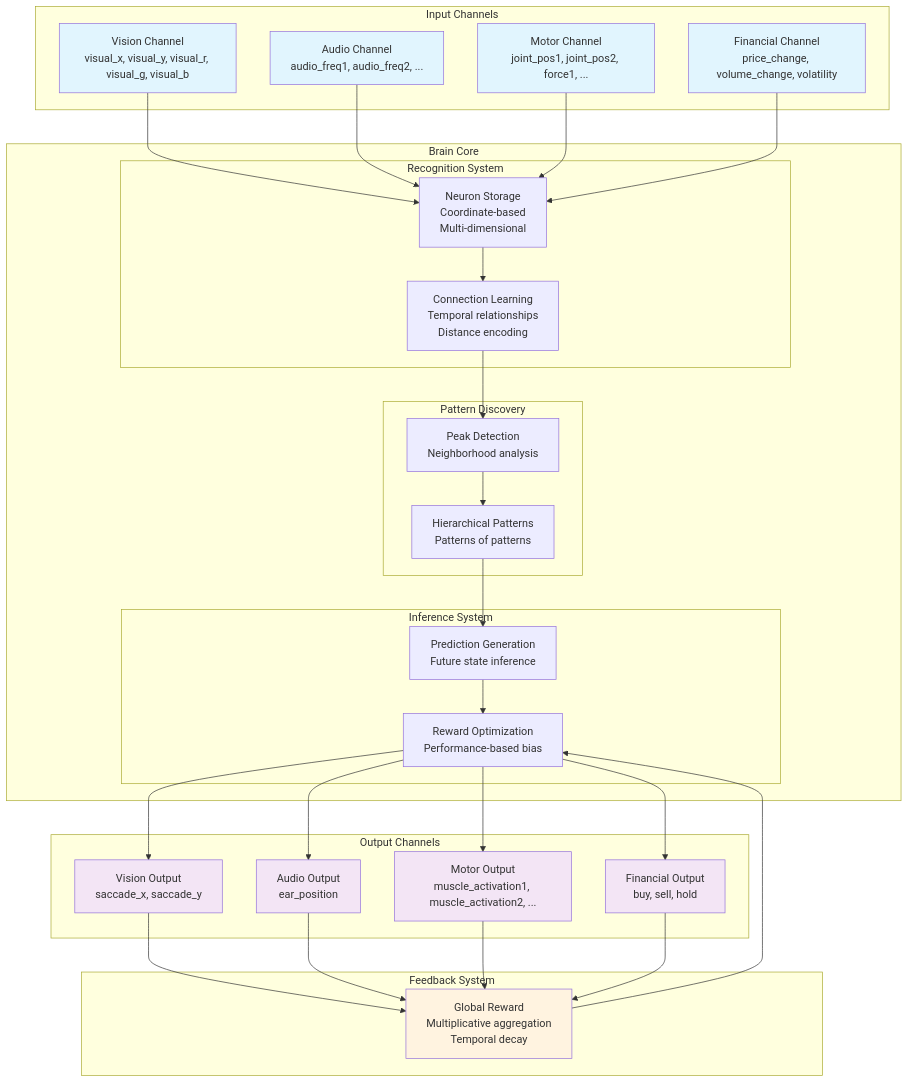
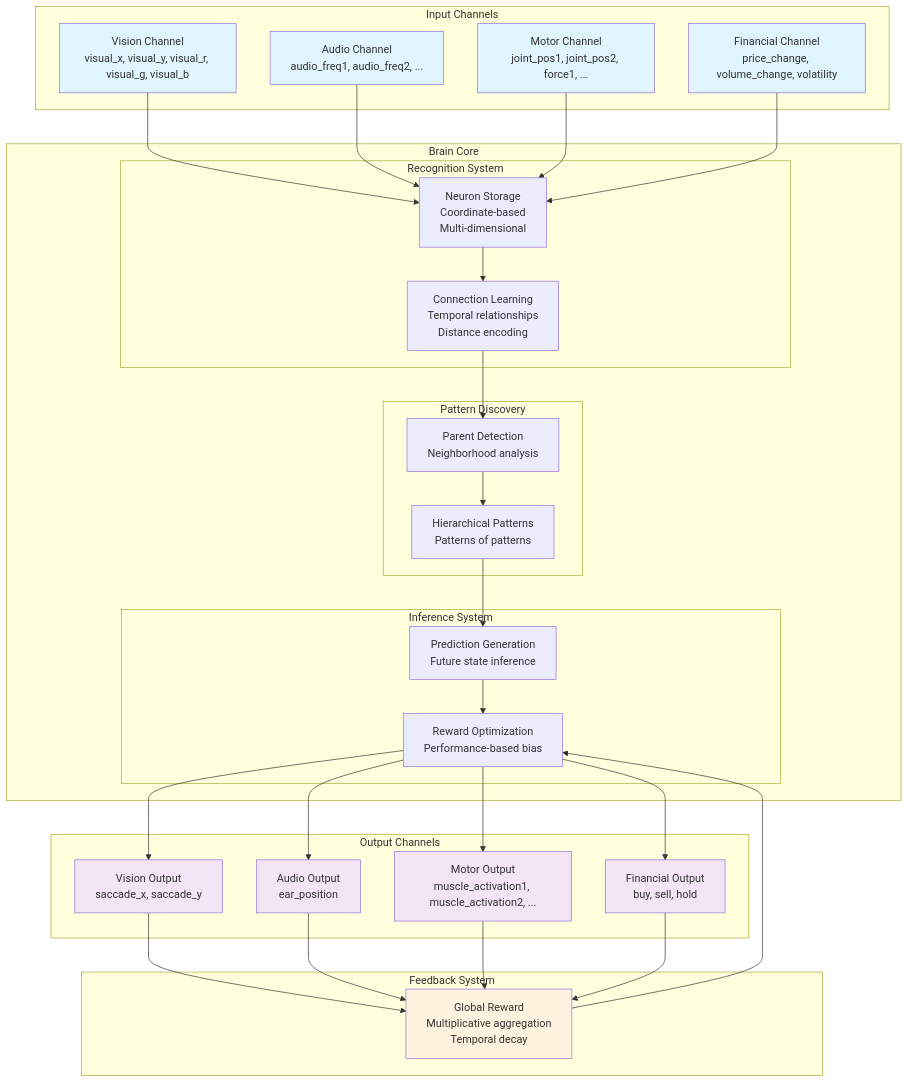
The first of 5 diagrams in docs/PATENT_DISCLOSURE.md (cucar/robot_brain), drawn with Mermaid before and after one commit. The commit also changed other lines of this file and 10 other files, not shown here.

````diff
--- a/docs/PATENT_DISCLOSURE.md
+++ b/docs/PATENT_DISCLOSURE.md
@@ -465,70 +465,70 @@
 ```mermaid
 graph TB
     subgraph "Input Channels"
         V[Vision Channel<br/>visual_x, visual_y, visual_r, visual_g, visual_b]
         A[Audio Channel<br/>audio_freq1, audio_freq2, ...]
         M[Motor Channel<br/>joint_pos1, joint_pos2, force1, ...]
         F[Financial Channel<br/>price_change, volume_change, volatility]
     end
 
     subgraph "Brain Core"
         subgraph "Recognition System"
             N[Neuron Storage<br/>Coordinate-based<br/>Multi-dimensional]
             C[Connection Learning<br/>Temporal relationships<br/>Distance encoding]
         end
 
         subgraph "Pattern Discovery"
-            P[Peak Detection<br/>Neighborhood analysis]
+            P[Parent Detection<br/>Neighborhood analysis]
             H[Hierarchical Patterns<br/>Patterns of patterns]
         end
 
         subgraph "Inference System"
             I[Prediction Generation<br/>Future state inference]
             R[Reward Optimization<br/>Performance-based bias]
         end
     end
 
     subgraph "Output Channels"
         VO[Vision Output<br/>saccade_x, saccade_y]
         AO[Audio Output<br/>ear_position]
         MO[Motor Output<br/>muscle_activation1, muscle_activation2, ...]
         FO[Financial Output<br/>buy, sell, hold]
     end
 
     subgraph "Feedback System"
         FB[Global Reward<br/>Multiplicative aggregation<br/>Temporal decay]
     end
 
     V --> N
     A --> N
     M --> N
     F --> N
 
     N --> C
     C --> P
     P --> H
     H --> I
     I --> R
 
     R --> VO
     R --> AO
     R --> MO
     R --> FO
 
     VO --> FB
     AO --> FB
     MO --> FB
     FO --> FB
 
     FB --> R
 
     style V fill:#e1f5fe
     style A fill:#e1f5fe
     style M fill:#e1f5fe
     style F fill:#e1f5fe
     style VO fill:#f3e5f5
     style AO fill:#f3e5f5
     style MO fill:#f3e5f5
     style FO fill:#f3e5f5
     style FB fill:#fff3e0
 ```
````
